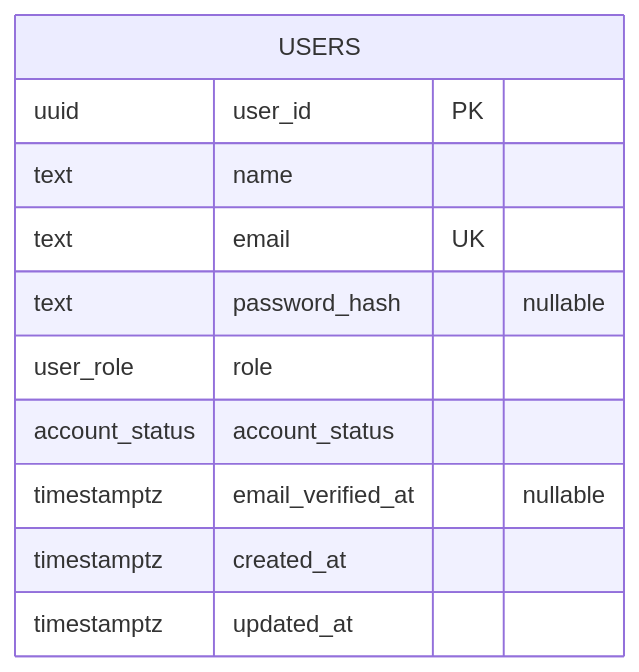
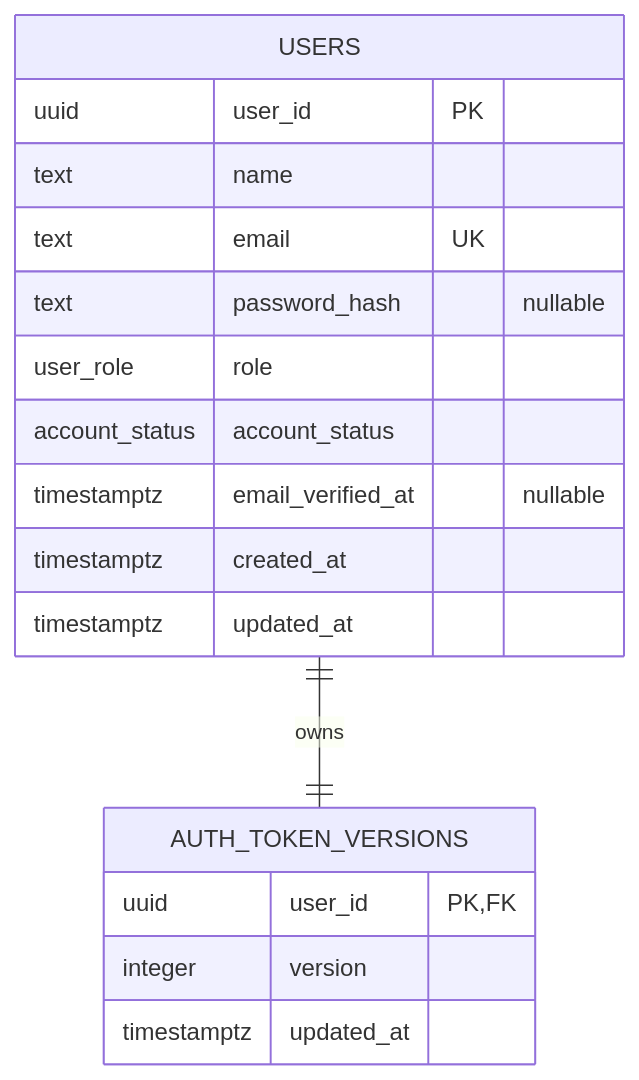
Before and after one commit to cv-parser-team/Backend: the diagram in docs/database/data-model.md, drawn with Mermaid. The commit also changed other lines of this file and 30 other files, not shown here.

````diff
--- a/docs/database/data-model.md
+++ b/docs/database/data-model.md
@@ -16,14 +16,21 @@
 ```mermaid
 erDiagram
     USERS {
         uuid user_id PK
         text name
         text email UK
         text password_hash "nullable"
         user_role role
         account_status account_status
         timestamptz email_verified_at "nullable"
         timestamptz created_at
         timestamptz updated_at
     }
+    AUTH_TOKEN_VERSIONS {
+        uuid user_id PK, FK
+        integer version
+        timestamptz updated_at
+    }
+
+    USERS ||--|| AUTH_TOKEN_VERSIONS : owns
 ```
````
